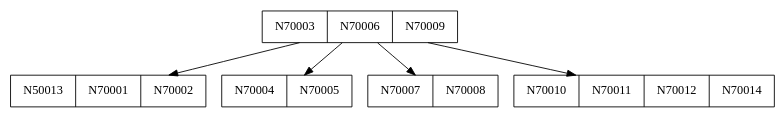
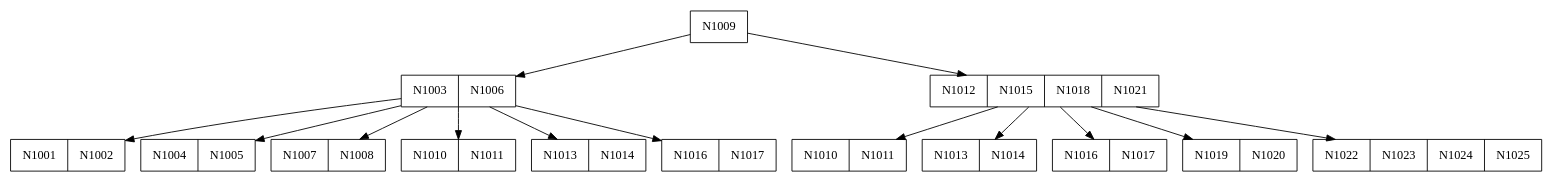
The diagram in cmake-build-debug/btree.dot (Samashoas/202109705_Proyecto_EDD), drawn with Graphviz before and after one commit. The commit also changed 26 other files, not shown here.

```diff
--- a/cmake-build-debug/btree.dot
+++ b/cmake-build-debug/btree.dot
@@ -1,13 +1,31 @@
 digraph G {
 node [shape=record];
 rank=same;
-node0 [label="<f0> N70003 | <f1> N70006 | <f2> N70009"];
-node1 [label="<f0> N50013 | <f1> N70001 | <f2> N70002"];
+node0 [label="<f0> N1009"];
+node1 [label="<f0> N1003 | <f1> N1006"];
+node2 [label="<f0> N1001 | <f1> N1002"];
+node1 -> node2;
+node3 [label="<f0> N1004 | <f1> N1005"];
+node1 -> node3;
+node4 [label="<f0> N1007 | <f1> N1008"];
+node1 -> node4;
+node5 [label="<f0> N1010 | <f1> N1011"];
+node1 -> node5;
+node6 [label="<f0> N1013 | <f1> N1014"];
+node1 -> node6;
+node7 [label="<f0> N1016 | <f1> N1017"];
+node1 -> node7;
 node0 -> node1;
-node2 [label="<f0> N70004 | <f1> N70005"];
-node0 -> node2;
-node3 [label="<f0> N70007 | <f1> N70008"];
-node0 -> node3;
-node4 [label="<f0> N70010 | <f1> N70011 | <f2> N70012 | <f3> N70014"];
-node0 -> node4;
+node8 [label="<f0> N1012 | <f1> N1015 | <f2> N1018 | <f3> N1021"];
+node9 [label="<f0> N1010 | <f1> N1011"];
+node8 -> node9;
+node10 [label="<f0> N1013 | <f1> N1014"];
+node8 -> node10;
+node11 [label="<f0> N1016 | <f1> N1017"];
+node8 -> node11;
+node12 [label="<f0> N1019 | <f1> N1020"];
+node8 -> node12;
+node13 [label="<f0> N1022 | <f1> N1023 | <f2> N1024 | <f3> N1025"];
+node8 -> node13;
+node0 -> node8;
 }
```
